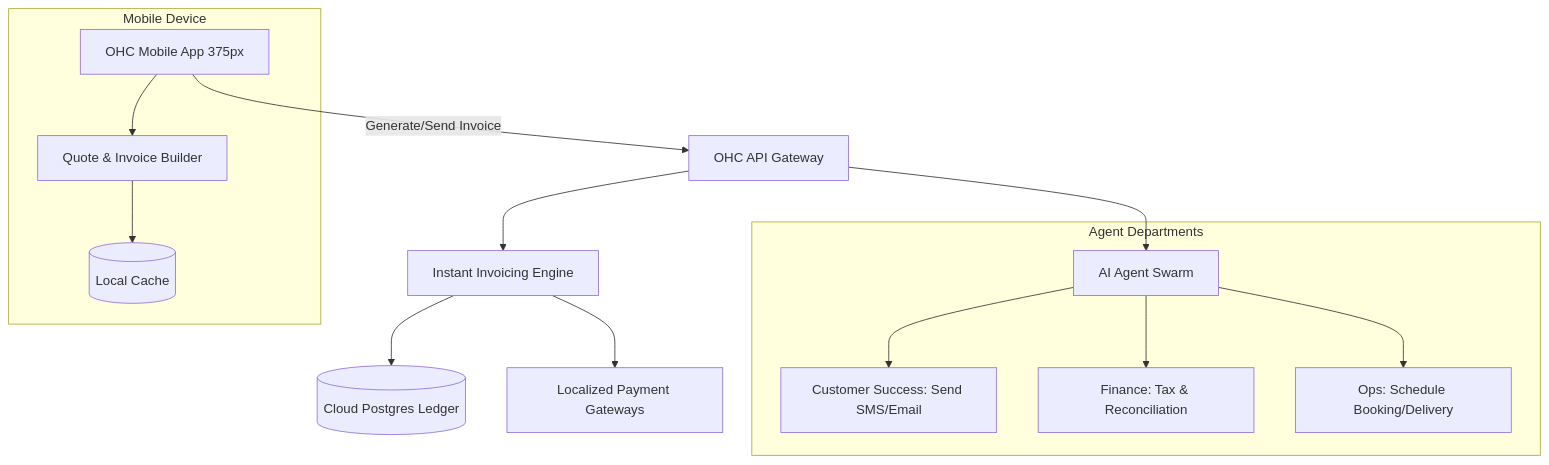
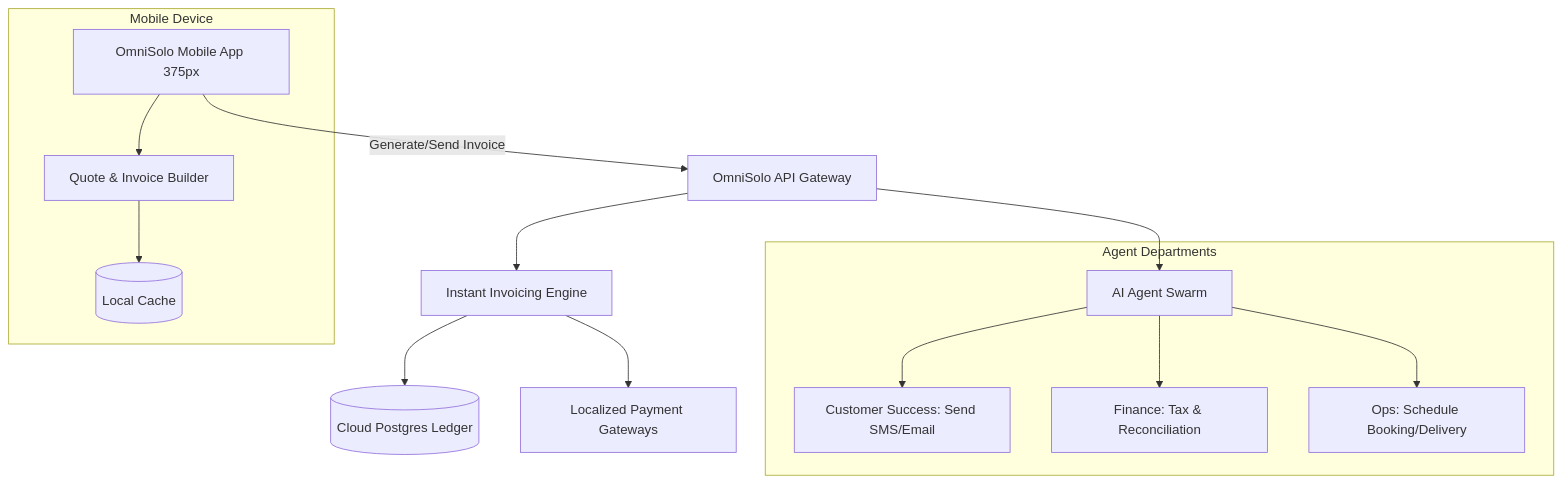
Before and after one commit to omnisolo-llc/onehumancorp: the diagram in docs/technical/research/[architecture]_instant_localized_invoicing.md, drawn with Mermaid. The commit also changed other lines of this file and 2191 other files, not shown here.

Commit message:
feat: complete OmniSolo rename and browser audit

````diff
--- a/docs/technical/research/[architecture]_instant_localized_invoicing.md
+++ b/docs/technical/research/[architecture]_instant_localized_invoicing.md
@@ -18,21 +18,21 @@
 ```mermaid
 graph TD;
     subgraph Mobile Device
-        App[OHC Mobile App 375px] --> QuoteUI[Quote & Invoice Builder];
+        App[OmniSolo Mobile App 375px] --> QuoteUI[Quote & Invoice Builder];
         QuoteUI --> LocalDB[(Local Cache)];
     end
 
-    App -- "Generate/Send Invoice" --> Gateway[OHC API Gateway];
+    App -- "Generate/Send Invoice" --> Gateway[OmniSolo API Gateway];
 
     Gateway --> BillingEngine[Instant Invoicing Engine];
     BillingEngine --> MainDB[(Cloud Postgres Ledger)];
     BillingEngine --> PaymentProvider[Localized Payment Gateways];
 
     Gateway --> Agents[AI Agent Swarm];
 
     subgraph Agent Departments
         Agents --> CSAgent[Customer Success: Send SMS/Email];
         Agents --> FinanceAgent[Finance: Tax & Reconciliation];
         Agents --> OpsAgent[Ops: Schedule Booking/Delivery];
     end
 ```
````
